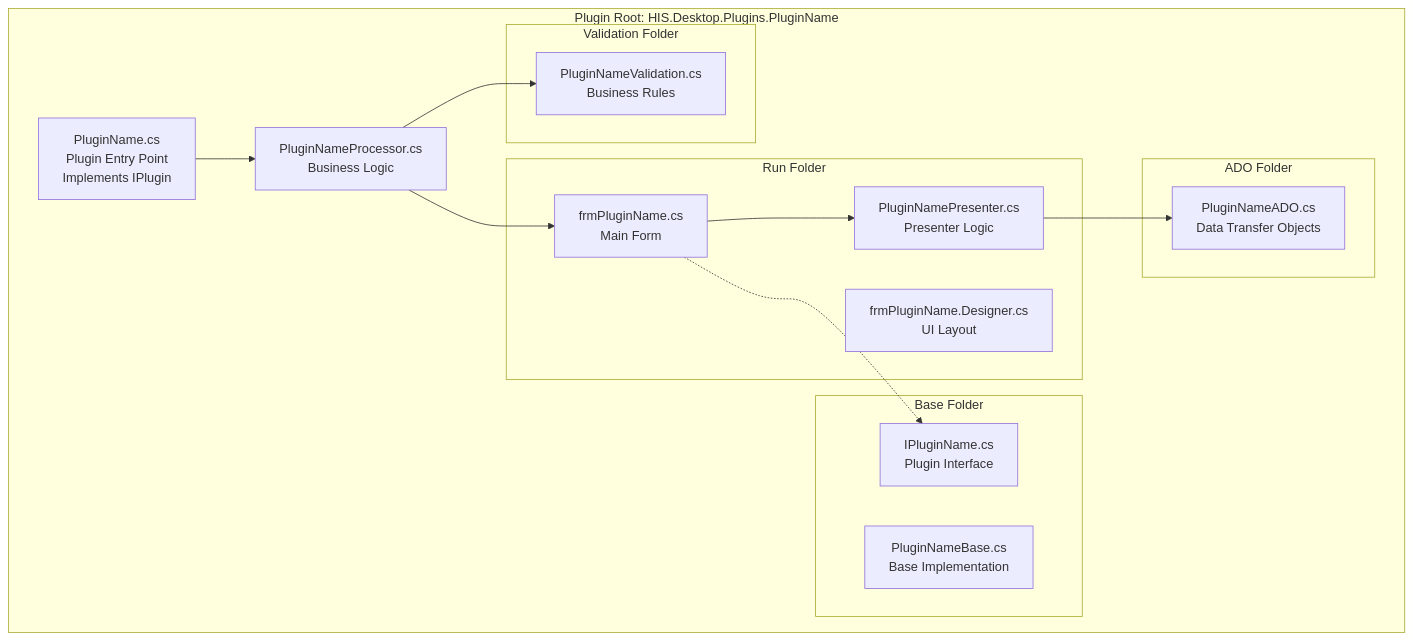
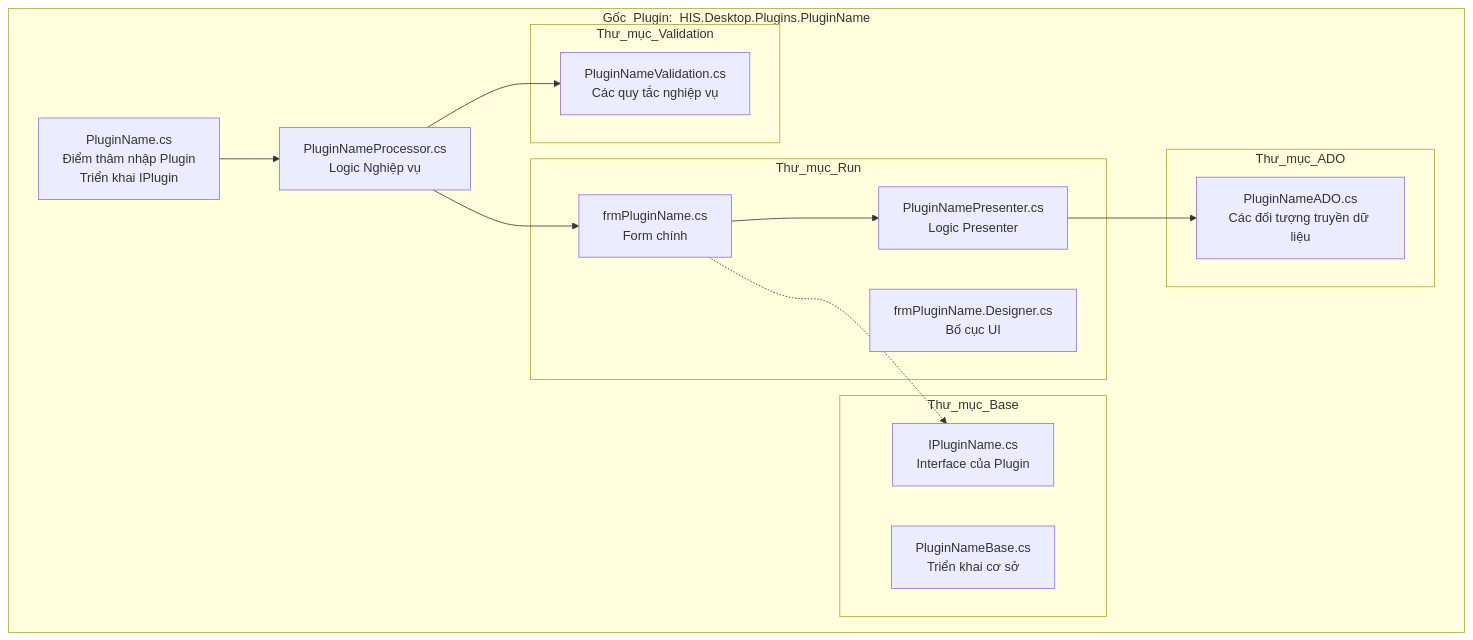
One commit to thangpnb/HIS changed the fourth of 9 diagrams in docs/his-ba-documentation/02-modules/his-desktop/business-plugins.md. Above: the diagram before and after it, drawn with Mermaid. The commit also changed other lines of this file and 30 other files, not shown here.

Commit message:
Refactor architecture docs and update translations

````diff
--- a/docs/his-ba-documentation/02-modules/his-desktop/business-plugins.md
+++ b/docs/his-ba-documentation/02-modules/his-desktop/business-plugins.md
@@ -447,33 +464,33 @@
 ```mermaid
 graph TB
-    subgraph "Plugin Root: HIS.Desktop.Plugins.PluginName"
-        Entry["PluginName.cs<br/>Plugin Entry Point<br/>Implements IPlugin"]
-        Processor["PluginNameProcessor.cs<br/>Business Logic"]
+    subgraph "Gốc_Plugin:_HIS.Desktop.Plugins.PluginName"
+        Entry["PluginName.cs<br/>Điểm thâm nhập Plugin<br/>Triển khai IPlugin"]
+        Processor["PluginNameProcessor.cs<br/>Logic Nghiệp vụ"]
         
-        subgraph "Run Folder"
-            Form["frmPluginName.cs<br/>Main Form"]
-            FormDesigner["frmPluginName.Designer.cs<br/>UI Layout"]
-            Presenter["PluginNamePresenter.cs<br/>Presenter Logic"]
+        subgraph "Thư_mục_Run"
+            Form["frmPluginName.cs<br/>Form chính"]
+            FormDesigner["frmPluginName.Designer.cs<br/>Bố cục UI"]
+            Presenter["PluginNamePresenter.cs<br/>Logic Presenter"]
         end
         
-        subgraph "ADO Folder"
-            ADO["PluginNameADO.cs<br/>Data Transfer Objects"]
+        subgraph "Thư_mục_ADO"
+            ADO["PluginNameADO.cs<br/>Các đối tượng truyền dữ liệu"]
         end
         
-        subgraph "Base Folder"
-            Interface["IPluginName.cs<br/>Plugin Interface"]
-            BaseClass["PluginNameBase.cs<br/>Base Implementation"]
+        subgraph "Thư_mục_Base"
+            Interface["IPluginName.cs<br/>Interface của Plugin"]
+            BaseClass["PluginNameBase.cs<br/>Triển khai cơ sở"]
         end
         
-        subgraph "Validation Folder"
-            Valid["PluginNameValidation.cs<br/>Business Rules"]
+        subgraph "Thư_mục_Validation"
+            Valid["PluginNameValidation.cs<br/>Các quy tắc nghiệp vụ"]
         end
     end
     
     Entry --> Processor
     Processor --> Form
     Form --> Presenter
     Presenter --> ADO
     Processor --> Valid
     Form -.-> Interface
 ```
````
